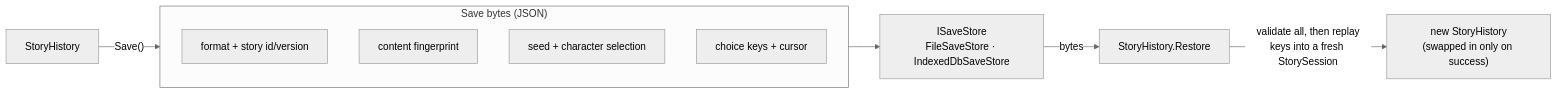
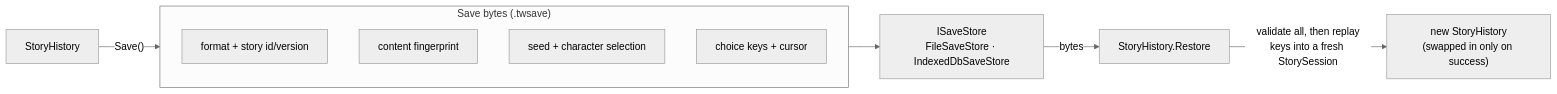
The sixth of 6 diagrams in docs/developer/architecture.md (squid-farm/talewright), drawn with Mermaid (neutral theme) before and after one commit. The commit also changed other lines of this file and 38 other files, not shown here.

````diff
--- a/docs/developer/architecture.md
+++ b/docs/developer/architecture.md
@@ -572,13 +572,13 @@
 ```mermaid
 flowchart LR
-  subgraph save["Save bytes (JSON)"]
+  subgraph save["Save bytes (.twsave)"]
     direction TB
     f1["format + story id/version"]
     f2["content fingerprint"]
     f3["seed + character selection"]
     f4["choice keys + cursor"]
   end
   hist["StoryHistory"] -- "Save()" --> save --> store["ISaveStore<br/>FileSaveStore · IndexedDbSaveStore"]
   store -- "bytes" --> restore["StoryHistory.Restore"]
   restore -- "validate all, then replay<br/>keys into a fresh StorySession" --> hist2["new StoryHistory<br/>(swapped in only on success)"]
 ```
````
